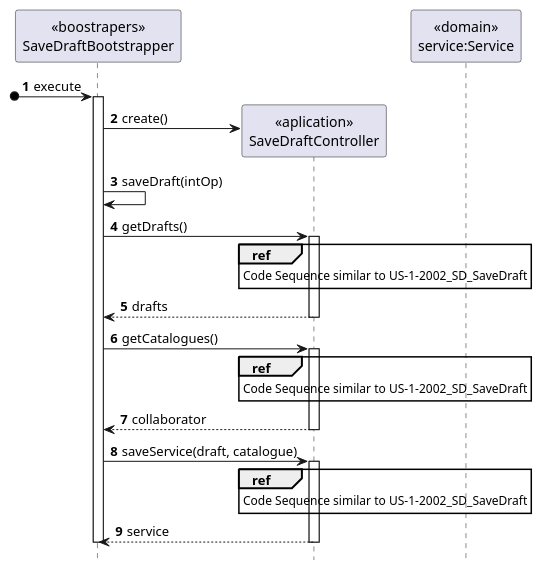
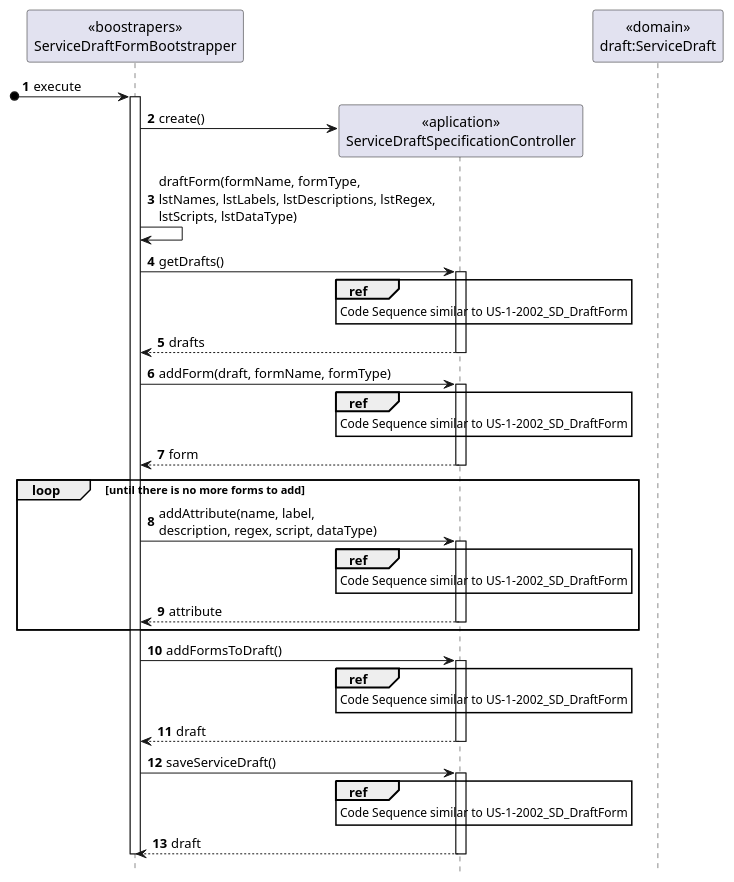
The diagram in doc/engenharia/SprintB/1190967/US-1-2101/US-1-2101_SD_DraftForm.puml (tiagoavcosta25/LAPR4), drawn with PlantUML before and after one commit. The commit also changed 2 other files, not shown here.

```diff
--- a/doc/engenharia/SprintB/1190967/US-1-2101/US-1-2101_SD_DraftForm.puml
+++ b/doc/engenharia/SprintB/1190967/US-1-2101/US-1-2101_SD_DraftForm.puml
@@ -1,41 +1,59 @@
 @startuml
 autonumber
 hide footbox
 
-participant "<<boostrapers>>\nSaveDraftBootstrapper" as BOOT
-participant "<<aplication>>\nSaveDraftController" as CTRL
-participant "<<domain>>\nservice:Service" as SER
+participant "<<boostrapers>>\nServiceDraftFormBootstrapper" as BOOT
+participant "<<aplication>>\nServiceDraftSpecificationController" as CTRL
+participant "<<domain>>\ndraft:ServiceDraft" as SER
 
 [o-> BOOT : execute
 
 activate BOOT
 BOOT -> CTRL** : create()
 
-BOOT -> BOOT : saveDraft(intOp)
+BOOT -> BOOT : draftForm(formName, formType, \nlstNames, lstLabels, lstDescriptions, lstRegex, \nlstScripts, lstDataType)
 
 BOOT -> CTRL : getDrafts()
 activate CTRL
 ref over CTRL
-Code Sequence similar to US-1-2002_SD_SaveDraft
+Code Sequence similar to US-1-2002_SD_DraftForm
 end ref
 CTRL --> BOOT : drafts
 deactivate CTRL
 
-BOOT -> CTRL : getCatalogues()
+BOOT -> CTRL : addForm(draft, formName, formType)
 activate CTRL
 ref over CTRL
-Code Sequence similar to US-1-2002_SD_SaveDraft
+Code Sequence similar to US-1-2002_SD_DraftForm
 end ref
-CTRL --> BOOT : collaborator
+CTRL --> BOOT : form
 deactivate CTRL
 
-BOOT -> CTRL : saveService(draft, catalogue)
+loop until there is no more forms to add
+BOOT -> CTRL : addAttribute(name, label, \ndescription, regex, script, dataType)
 activate CTRL
 ref over CTRL
-Code Sequence similar to US-1-2002_SD_SaveDraft
+Code Sequence similar to US-1-2002_SD_DraftForm
 end ref
-CTRL --> BOOT : service
+CTRL --> BOOT : attribute
+deactivate CTRL
+end
+
+BOOT -> CTRL : addFormsToDraft()
+activate CTRL
+ref over CTRL
+Code Sequence similar to US-1-2002_SD_DraftForm
+end ref
+CTRL --> BOOT : draft
+deactivate CTRL
+
+BOOT -> CTRL : saveServiceDraft()
+activate CTRL
+ref over CTRL
+Code Sequence similar to US-1-2002_SD_DraftForm
+end ref
+CTRL --> BOOT : draft
 deactivate CTRL
 deactivate BOOT
 
 @enduml
```
